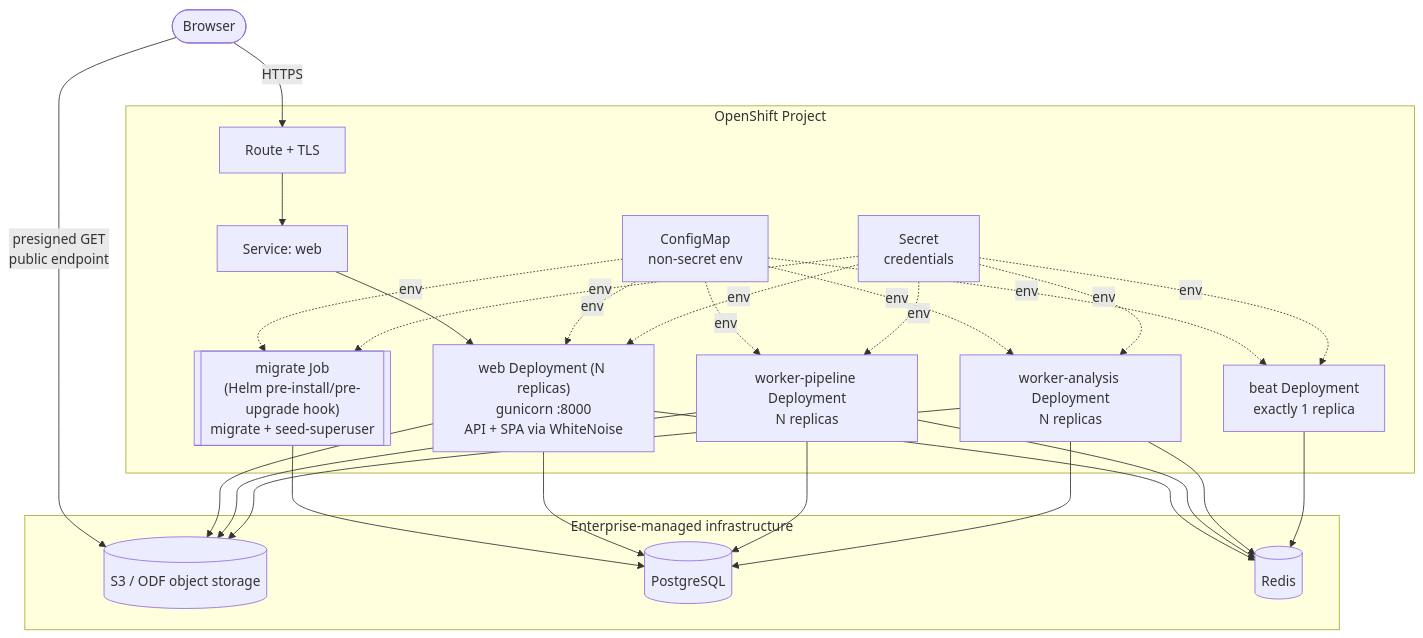
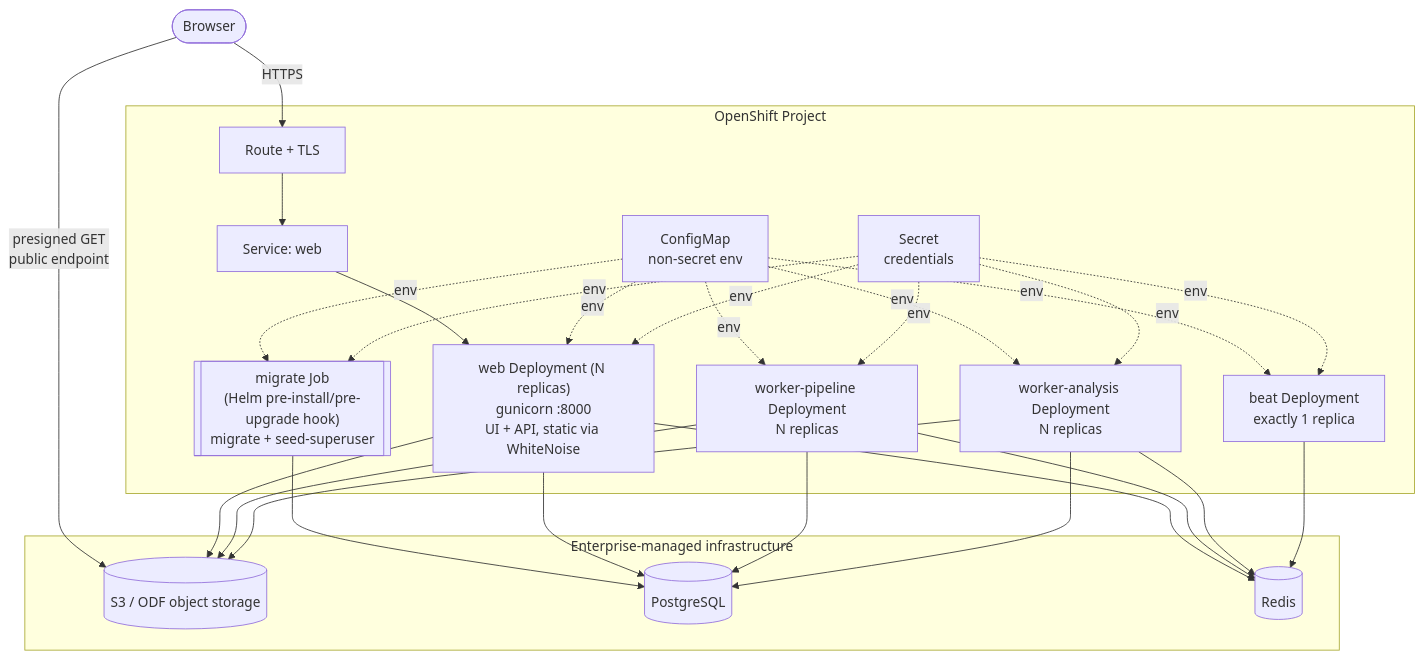
The second of 3 diagrams in docs/deployment/openshift/architecture.md (millsks/django-python-generate-sbom), drawn with Mermaid before and after one commit. The commit also changed other lines of this file and 27 other files, not shown here.

````diff
--- a/docs/deployment/openshift/architecture.md
+++ b/docs/deployment/openshift/architecture.md
@@ -70,31 +71,31 @@
 ```mermaid
 flowchart TB
     browser([Browser])
     browser -->|HTTPS| route[Route + TLS]
     browser -->|presigned GET<br/>public endpoint| s3
 
     subgraph project[OpenShift Project]
         route --> websvc[Service: web]
-        websvc --> web["web Deployment (N replicas)<br/>gunicorn :8000<br/>API + SPA via WhiteNoise"]
+        websvc --> web["web Deployment (N replicas)<br/>gunicorn :8000<br/>UI + API, static via WhiteNoise"]
         wp[worker-pipeline Deployment<br/>N replicas]
         wa[worker-analysis Deployment<br/>N replicas]
         beat["beat Deployment<br/>exactly 1 replica"]
         job[["migrate Job<br/>(Helm pre-install/pre-upgrade hook)<br/>migrate + seed-superuser"]]
         cm[ConfigMap<br/>non-secret env]
         sec[Secret<br/>credentials]
     end
 
     subgraph ent[Enterprise-managed infrastructure]
         pg[(PostgreSQL)]
         redis[(Redis)]
         s3[(S3 / ODF object storage)]
     end
 
     cm -.env.-> web & wp & wa & beat & job
     sec -.env.-> web & wp & wa & beat & job
     job --> pg
     web --> pg & redis & s3
     wp --> pg & redis & s3
     wa --> pg & redis & s3
     beat --> redis
 ```
````
